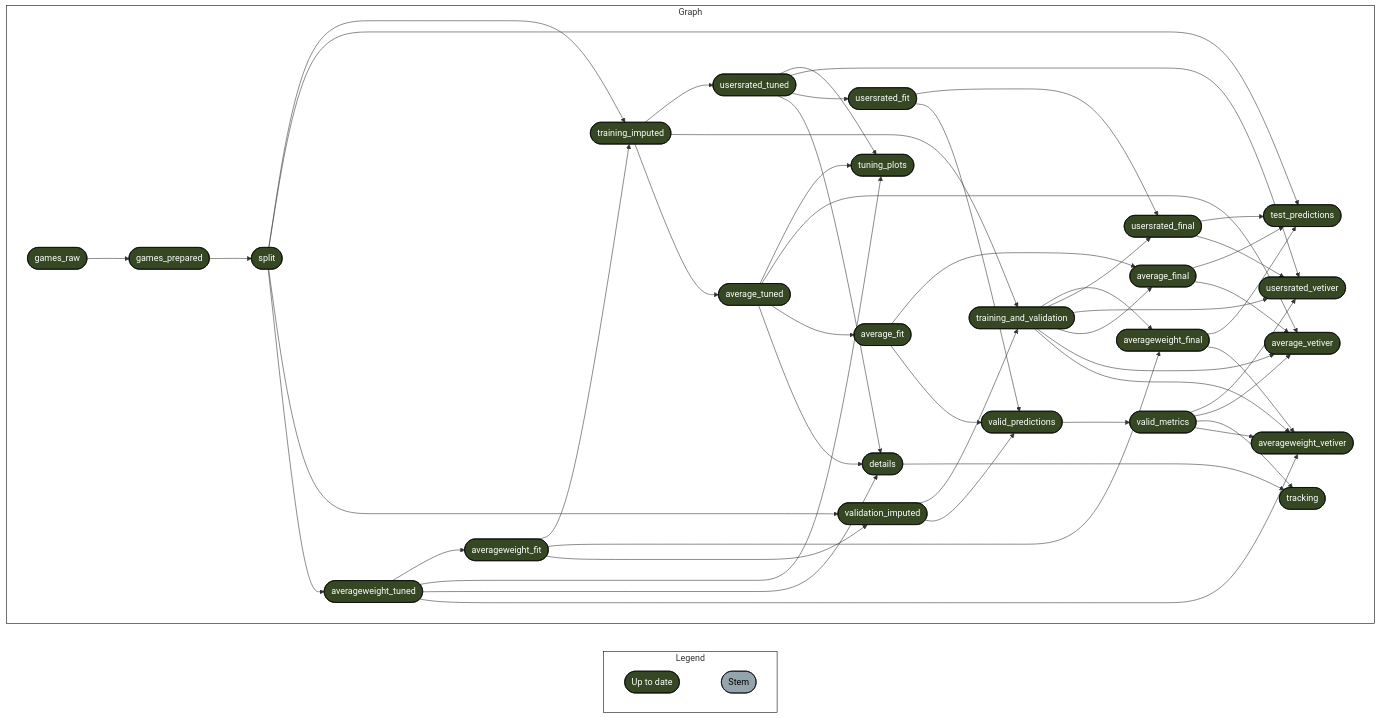
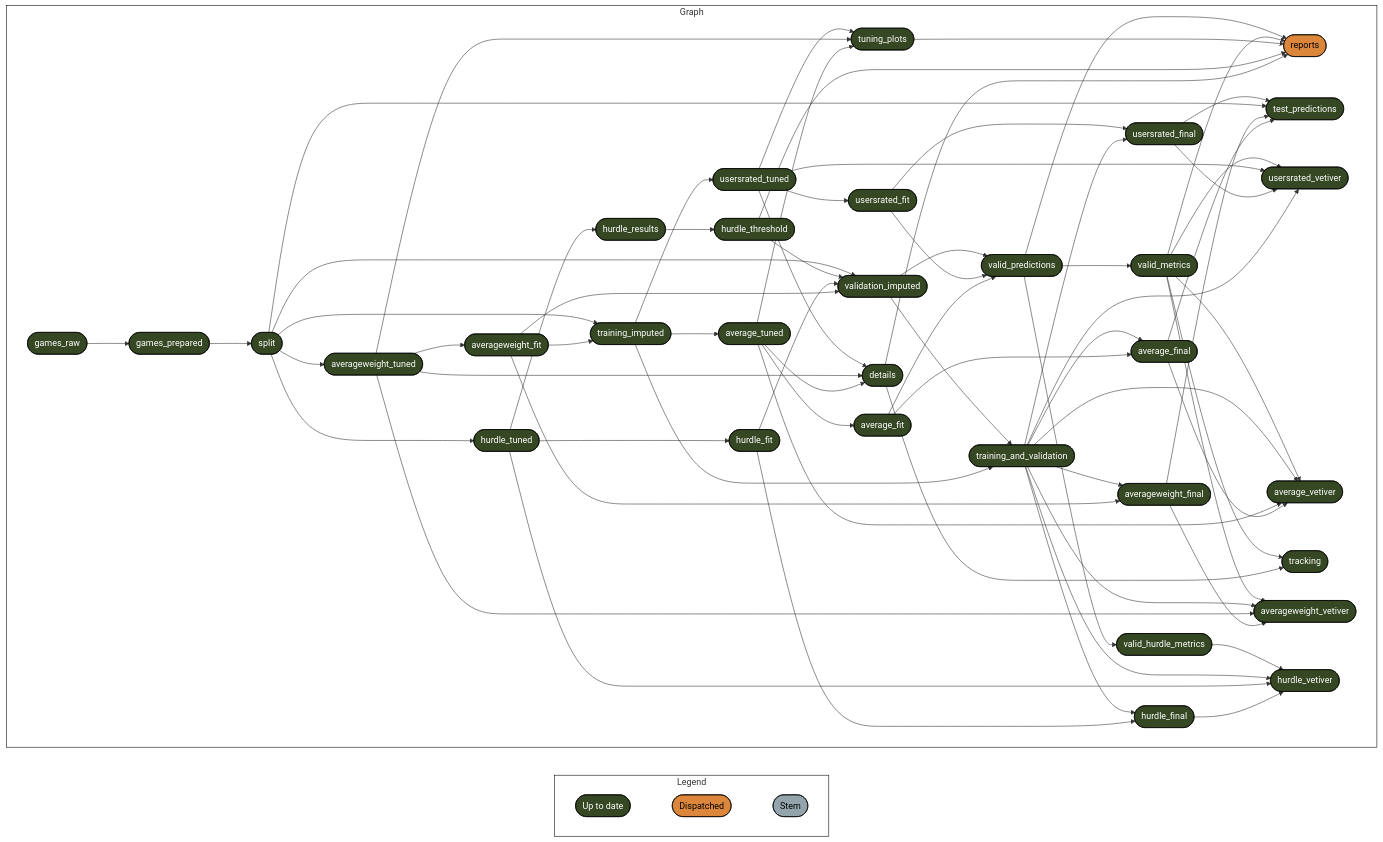
Before and after one commit to phenrickson/bgg_models: the diagram in docs/results.md, drawn with Mermaid. The commit also changed other lines of this file and 4 other files, not shown here.

````diff
--- a/docs/results.md
+++ b/docs/results.md
@@ -10,60 +15,81 @@
   style Graph fill:#FFFFFF00,stroke:#000000;
   subgraph Legend
     direction LR
-    x7420bd9270f8d27d([""Up to date""]):::uptodate --- xbf4603d6c2c2ad6b([""Stem""]):::none
+    x7420bd9270f8d27d([""Up to date""]):::uptodate --- xa8565c104d8f0705([""Dispatched""]):::dispatched
+    xa8565c104d8f0705([""Dispatched""]):::dispatched --- xbf4603d6c2c2ad6b([""Stem""]):::none
   end
   subgraph Graph
     direction LR
+    xff0910b549bc14e2(["hurdle_fit"]):::uptodate --> xf71d267707ec8994(["hurdle_final"]):::uptodate
+    xe5bd2d3c6fdf29ae(["training_and_validation"]):::uptodate --> xf71d267707ec8994(["hurdle_final"]):::uptodate
+    xe73a0f95bb7c669b(["games_prepared"]):::uptodate --> x6a9d509448f9bd3e(["split"]):::uptodate
+    x45aff652992a023a(["details"]):::uptodate --> x3c2f8ffacaa45076(["reports"]):::dispatched
+    xdca6d51fe8a005bf(["hurdle_threshold"]):::uptodate --> x3c2f8ffacaa45076(["reports"]):::dispatched
+    x5009635ca9660f5b(["tuning_plots"]):::uptodate --> x3c2f8ffacaa45076(["reports"]):::dispatched
+    xc2507955de0caf4e(["valid_metrics"]):::uptodate --> x3c2f8ffacaa45076(["reports"]):::dispatched
+    x32d592eaf8d082e6(["valid_predictions"]):::uptodate --> x3c2f8ffacaa45076(["reports"]):::dispatched
     x04d83687468f3fc4(["averageweight_tuned"]):::uptodate --> x0f34a02bd6ed632f(["averageweight_fit"]):::uptodate
-    x170105733f313efa(["training_imputed"]):::uptodate --> x8b18f98f2746942f(["usersrated_tuned"]):::uptodate
-    x2b7f0716b8751c70(["games_raw"]):::uptodate --> xe73a0f95bb7c669b(["games_prepared"]):::uptodate
-    x0f34a02bd6ed632f(["averageweight_fit"]):::uptodate --> x170105733f313efa(["training_imputed"]):::uptodate
-    x6a9d509448f9bd3e(["split"]):::uptodate --> x170105733f313efa(["training_imputed"]):::uptodate
-    x0f34a02bd6ed632f(["averageweight_fit"]):::uptodate --> x5a0dca7931d71121(["averageweight_final"]):::uptodate
-    xe5bd2d3c6fdf29ae(["training_and_validation"]):::uptodate --> x5a0dca7931d71121(["averageweight_final"]):::uptodate
     x32d592eaf8d082e6(["valid_predictions"]):::uptodate --> xc2507955de0caf4e(["valid_metrics"]):::uptodate
-    xe5bd2d3c6fdf29ae(["training_and_validation"]):::uptodate --> xd99568a85da9c31b(["usersrated_final"]):::uptodate
-    xd6936e852f1fbe47(["usersrated_fit"]):::uptodate --> xd99568a85da9c31b(["usersrated_final"]):::uptodate
+    x0f34a02bd6ed632f(["averageweight_fit"]):::uptodate --> x60bd72cb3684ce1d(["validation_imputed"]):::uptodate
+    xff0910b549bc14e2(["hurdle_fit"]):::uptodate --> x60bd72cb3684ce1d(["validation_imputed"]):::uptodate
+    xdca6d51fe8a005bf(["hurdle_threshold"]):::uptodate --> x60bd72cb3684ce1d(["validation_imputed"]):::uptodate
+    x6a9d509448f9bd3e(["split"]):::uptodate --> x60bd72cb3684ce1d(["validation_imputed"]):::uptodate
     x51e4cab15d71e6a3(["average_final"]):::uptodate --> x09d4ee9c0cdd997f(["test_predictions"]):::uptodate
     x5a0dca7931d71121(["averageweight_final"]):::uptodate --> x09d4ee9c0cdd997f(["test_predictions"]):::uptodate
     x6a9d509448f9bd3e(["split"]):::uptodate --> x09d4ee9c0cdd997f(["test_predictions"]):::uptodate
     xd99568a85da9c31b(["usersrated_final"]):::uptodate --> x09d4ee9c0cdd997f(["test_predictions"]):::uptodate
-    x0f34a02bd6ed632f(["averageweight_fit"]):::uptodate --> x60bd72cb3684ce1d(["validation_imputed"]):::uptodate
-    x6a9d509448f9bd3e(["split"]):::uptodate --> x60bd72cb3684ce1d(["validation_imputed"]):::uptodate
-    xd0ff2216903615b0(["average_tuned"]):::uptodate --> x5009635ca9660f5b(["tuning_plots"]):::uptodate
-    x04d83687468f3fc4(["averageweight_tuned"]):::uptodate --> x5009635ca9660f5b(["tuning_plots"]):::uptodate
-    x8b18f98f2746942f(["usersrated_tuned"]):::uptodate --> x5009635ca9660f5b(["tuning_plots"]):::uptodate
-    xe73a0f95bb7c669b(["games_prepared"]):::uptodate --> x6a9d509448f9bd3e(["split"]):::uptodate
+    x2ff7ce5cea9a64f2(["hurdle_results"]):::uptodate --> xdca6d51fe8a005bf(["hurdle_threshold"]):::uptodate
     xe5bd2d3c6fdf29ae(["training_and_validation"]):::uptodate --> x156a6ed4485a6769(["usersrated_vetiver"]):::uptodate
     xd99568a85da9c31b(["usersrated_final"]):::uptodate --> x156a6ed4485a6769(["usersrated_vetiver"]):::uptodate
     x8b18f98f2746942f(["usersrated_tuned"]):::uptodate --> x156a6ed4485a6769(["usersrated_vetiver"]):::uptodate
     xc2507955de0caf4e(["valid_metrics"]):::uptodate --> x156a6ed4485a6769(["usersrated_vetiver"]):::uptodate
-    x170105733f313efa(["training_imputed"]):::uptodate --> xe5bd2d3c6fdf29ae(["training_and_validation"]):::uptodate
-    x60bd72cb3684ce1d(["validation_imputed"]):::uptodate --> xe5bd2d3c6fdf29ae(["training_and_validation"]):::uptodate
-    x170105733f313efa(["training_imputed"]):::uptodate --> xd0ff2216903615b0(["average_tuned"]):::uptodate
-    xc0de7cb1ceaaae9a(["average_fit"]):::uptodate --> x51e4cab15d71e6a3(["average_final"]):::uptodate
-    xe5bd2d3c6fdf29ae(["training_and_validation"]):::uptodate --> x51e4cab15d71e6a3(["average_final"]):::uptodate
     x51e4cab15d71e6a3(["average_final"]):::uptodate --> x1b61a8b8a8b5e6c2(["average_vetiver"]):::uptodate
     xd0ff2216903615b0(["average_tuned"]):::uptodate --> x1b61a8b8a8b5e6c2(["average_vetiver"]):::uptodate
     xe5bd2d3c6fdf29ae(["training_and_validation"]):::uptodate --> x1b61a8b8a8b5e6c2(["average_vetiver"]):::uptodate
     xc2507955de0caf4e(["valid_metrics"]):::uptodate --> x1b61a8b8a8b5e6c2(["average_vetiver"]):::uptodate
-    xd0ff2216903615b0(["average_tuned"]):::uptodate --> xc0de7cb1ceaaae9a(["average_fit"]):::uptodate
-    x6a9d509448f9bd3e(["split"]):::uptodate --> x04d83687468f3fc4(["averageweight_tuned"]):::uptodate
+    xc0de7cb1ceaaae9a(["average_fit"]):::uptodate --> x51e4cab15d71e6a3(["average_final"]):::uptodate
+    xe5bd2d3c6fdf29ae(["training_and_validation"]):::uptodate --> x51e4cab15d71e6a3(["average_final"]):::uptodate
+    xe5bd2d3c6fdf29ae(["training_and_validation"]):::uptodate --> xd99568a85da9c31b(["usersrated_final"]):::uptodate
+    xd6936e852f1fbe47(["usersrated_fit"]):::uptodate --> xd99568a85da9c31b(["usersrated_final"]):::uptodate
+    x170105733f313efa(["training_imputed"]):::uptodate --> xe5bd2d3c6fdf29ae(["training_and_validation"]):::uptodate
+    x60bd72cb3684ce1d(["validation_imputed"]):::uptodate --> xe5bd2d3c6fdf29ae(["training_and_validation"]):::uptodate
+    x0f34a02bd6ed632f(["averageweight_fit"]):::uptodate --> x170105733f313efa(["training_imputed"]):::uptodate
+    x6a9d509448f9bd3e(["split"]):::uptodate --> x170105733f313efa(["training_imputed"]):::uptodate
+    xd0ff2216903615b0(["average_tuned"]):::uptodate --> x45aff652992a023a(["details"]):::uptodate
+    x04d83687468f3fc4(["averageweight_tuned"]):::uptodate --> x45aff652992a023a(["details"]):::uptodate
+    x8b18f98f2746942f(["usersrated_tuned"]):::uptodate --> x45aff652992a023a(["details"]):::uptodate
+    x170105733f313efa(["training_imputed"]):::uptodate --> xd0ff2216903615b0(["average_tuned"]):::uptodate
     xc0de7cb1ceaaae9a(["average_fit"]):::uptodate --> x32d592eaf8d082e6(["valid_predictions"]):::uptodate
     xd6936e852f1fbe47(["usersrated_fit"]):::uptodate --> x32d592eaf8d082e6(["valid_predictions"]):::uptodate
     x60bd72cb3684ce1d(["validation_imputed"]):::uptodate --> x32d592eaf8d082e6(["valid_predictions"]):::uptodate
-    x8b18f98f2746942f(["usersrated_tuned"]):::uptodate --> xd6936e852f1fbe47(["usersrated_fit"]):::uptodate
-    xd0ff2216903615b0(["average_tuned"]):::uptodate --> x45aff652992a023a(["details"]):::uptodate
-    x04d83687468f3fc4(["averageweight_tuned"]):::uptodate --> x45aff652992a023a(["details"]):::uptodate
-    x8b18f98f2746942f(["usersrated_tuned"]):::uptodate --> x45aff652992a023a(["details"]):::uptodate
+    x2b7f0716b8751c70(["games_raw"]):::uptodate --> xe73a0f95bb7c669b(["games_prepared"]):::uptodate
+    x6a9d509448f9bd3e(["split"]):::uptodate --> xa02778eecd036898(["hurdle_tuned"]):::uptodate
     x45aff652992a023a(["details"]):::uptodate --> x92c9ab88ae1439d1(["tracking"]):::uptodate
     xc2507955de0caf4e(["valid_metrics"]):::uptodate --> x92c9ab88ae1439d1(["tracking"]):::uptodate
+    x32d592eaf8d082e6(["valid_predictions"]):::uptodate --> xad5d2a69b323eb8f(["valid_hurdle_metrics"]):::uptodate
     x5a0dca7931d71121(["averageweight_final"]):::uptodate --> xcbeb0ce109eb5b86(["averageweight_vetiver"]):::uptodate
     x04d83687468f3fc4(["averageweight_tuned"]):::uptodate --> xcbeb0ce109eb5b86(["averageweight_vetiver"]):::uptodate
     xe5bd2d3c6fdf29ae(["training_and_validation"]):::uptodate --> xcbeb0ce109eb5b86(["averageweight_vetiver"]):::uptodate
     xc2507955de0caf4e(["valid_metrics"]):::uptodate --> xcbeb0ce109eb5b86(["averageweight_vetiver"]):::uptodate
+    x6a9d509448f9bd3e(["split"]):::uptodate --> x04d83687468f3fc4(["averageweight_tuned"]):::uptodate
+    xf71d267707ec8994(["hurdle_final"]):::uptodate --> xe6a2b6f02f78f6d2(["hurdle_vetiver"]):::uptodate
+    xa02778eecd036898(["hurdle_tuned"]):::uptodate --> xe6a2b6f02f78f6d2(["hurdle_vetiver"]):::uptodate
+    xe5bd2d3c6fdf29ae(["training_and_validation"]):::uptodate --> xe6a2b6f02f78f6d2(["hurdle_vetiver"]):::uptodate
+    xad5d2a69b323eb8f(["valid_hurdle_metrics"]):::uptodate --> xe6a2b6f02f78f6d2(["hurdle_vetiver"]):::uptodate
+    x0f34a02bd6ed632f(["averageweight_fit"]):::uptodate --> x5a0dca7931d71121(["averageweight_final"]):::uptodate
+    xe5bd2d3c6fdf29ae(["training_and_validation"]):::uptodate --> x5a0dca7931d71121(["averageweight_final"]):::uptodate
+    xd0ff2216903615b0(["average_tuned"]):::uptodate --> xc0de7cb1ceaaae9a(["average_fit"]):::uptodate
+    x170105733f313efa(["training_imputed"]):::uptodate --> x8b18f98f2746942f(["usersrated_tuned"]):::uptodate
+    x8b18f98f2746942f(["usersrated_tuned"]):::uptodate --> xd6936e852f1fbe47(["usersrated_fit"]):::uptodate
+    xa02778eecd036898(["hurdle_tuned"]):::uptodate --> x2ff7ce5cea9a64f2(["hurdle_results"]):::uptodate
+    xa02778eecd036898(["hurdle_tuned"]):::uptodate --> xff0910b549bc14e2(["hurdle_fit"]):::uptodate
+    xd0ff2216903615b0(["average_tuned"]):::uptodate --> x5009635ca9660f5b(["tuning_plots"]):::uptodate
+    x04d83687468f3fc4(["averageweight_tuned"]):::uptodate --> x5009635ca9660f5b(["tuning_plots"]):::uptodate
+    x8b18f98f2746942f(["usersrated_tuned"]):::uptodate --> x5009635ca9660f5b(["tuning_plots"]):::uptodate
   end
   classDef uptodate stroke:#000000,color:#ffffff,fill:#354823;
+  classDef dispatched stroke:#000000,color:#000000,fill:#DC863B;
   classDef none stroke:#000000,color:#000000,fill:#94a4ac;
   linkStyle 0 stroke-width:0px;
+  linkStyle 1 stroke-width:0px;
 ```
````
